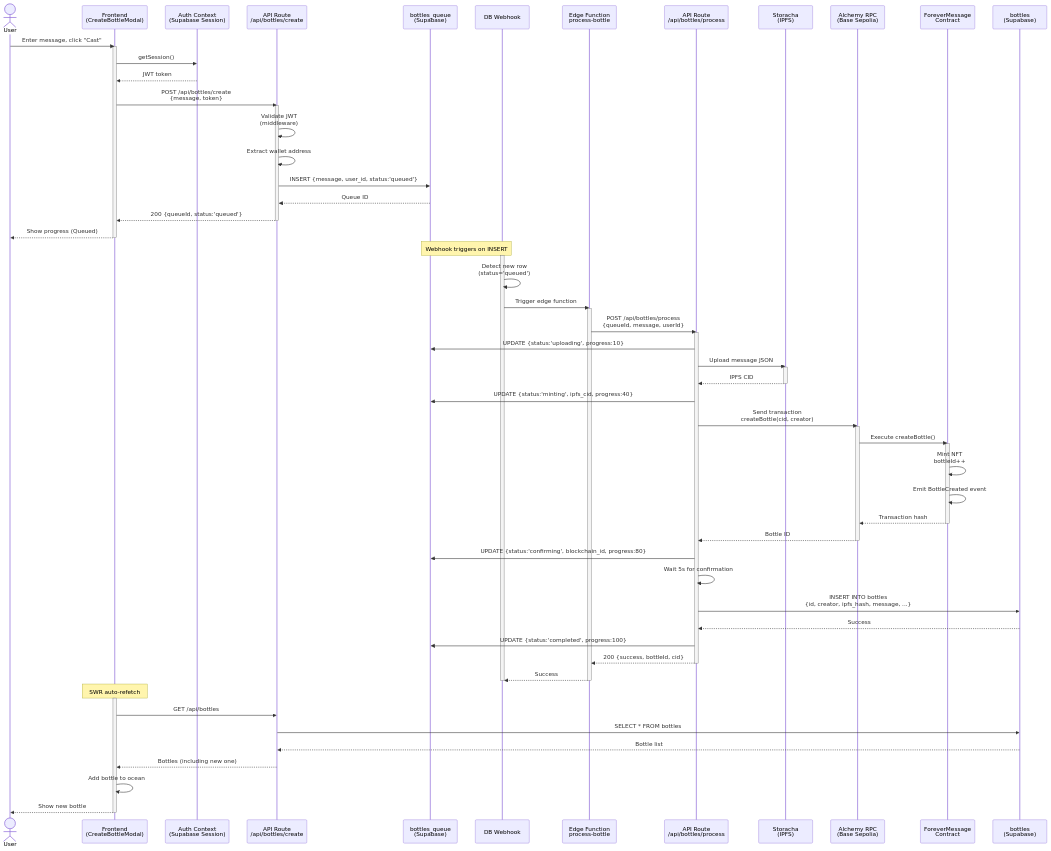
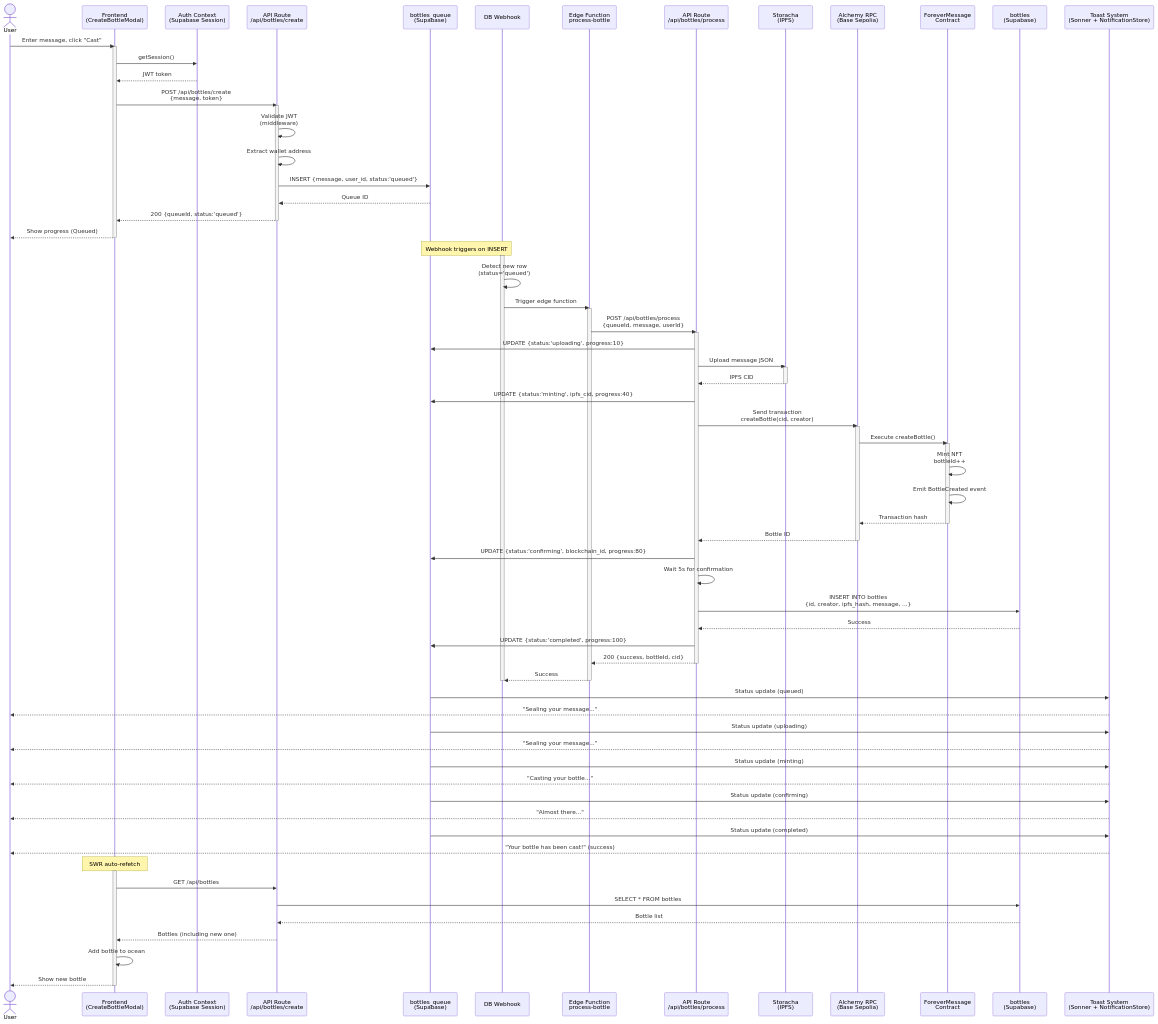
Before and after one commit to loscolmebrothers/forever-message-docs: the first of 6 diagrams in architecture/data-flow.md, drawn with Mermaid. The commit also changed other lines of this file and 4 other files, not shown here.

```diff
--- a/architecture/data-flow.md
+++ b/architecture/data-flow.md
@@ -29,6 +29,7 @@
     participant RPC as Alchemy RPC<br/>(Base Sepolia)
     participant Contract as ForeverMessage<br/>Contract
     participant DB as bottles<br/>(Supabase)
+    participant Toast as Toast System<br/>(Sonner + NotificationStore)
 
     User->>UI: Enter message, click "Cast"
 
@@ -94,6 +95,21 @@
     deactivate Edge
     deactivate Webhook
 
+    Queue->>Toast: Status update (queued)
+    Toast-->>User: "Sealing your message..."
+
+    Queue->>Toast: Status update (uploading)
+    Toast-->>User: "Sealing your message..."
+
+    Queue->>Toast: Status update (minting)
+    Toast-->>User: "Casting your bottle..."
+
+    Queue->>Toast: Status update (confirming)
+    Toast-->>User: "Almost there..."
+
+    Queue->>Toast: Status update (completed)
+    Toast-->>User: "Your bottle has been cast!" (success)
+
     Note over UI: SWR auto-refetch
 
     activate UI
```
